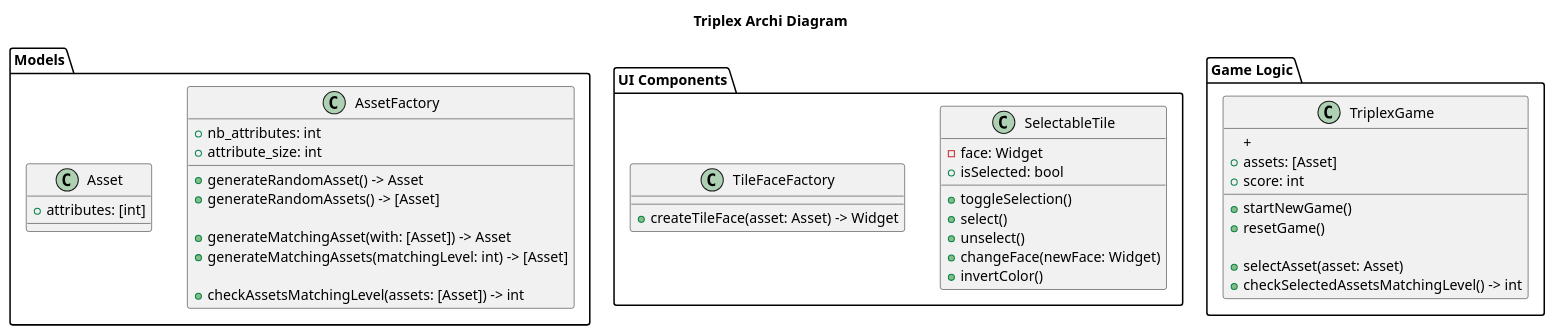
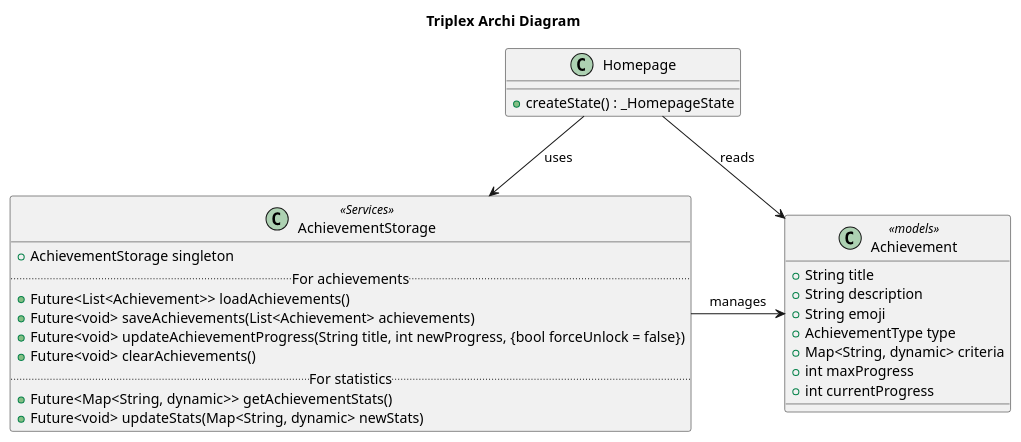
Before and after one commit to laurentxxc/flutter_triplex: the diagram in docs/models.puml, drawn with PlantUML. The commit also changed 27 other files, not shown here.

```diff
--- a/docs/models.puml
+++ b/docs/models.puml
@@ -1,57 +1,33 @@
 @startuml Triplex Archi Diagram
 title "Triplex Archi Diagram"
-package "Models" {
-    class AssetFactory{
-        + nb_attributes: int
-        + attribute_size: int
-
-        + generateRandomAsset() -> Asset
-        + generateRandomAssets() -> [Asset]
-
-        + generateMatchingAsset(with: [Asset]) -> Asset
-        + generateMatchingAssets(matchingLevel: int) -> [Asset]
-
-        + checkAssetsMatchingLevel(assets: [Asset]) -> int
-
-    }
-
-    class Asset{
-        + attributes: [int]
-    }
+class AchievementStorage<<Services>> {
+    + AchievementStorage singleton
+    .. For achievements ..
+    + Future<List<Achievement>> loadAchievements()
+    + Future<void> saveAchievements(List<Achievement> achievements)
+    + Future<void> updateAchievementProgress(String title, int newProgress, {bool forceUnlock = false})
+    + Future<void> clearAchievements()
+    .. For statistics ..
+    + Future<Map<String, dynamic>> getAchievementStats()
+    + Future<void> updateStats(Map<String, dynamic> newStats)
 }
 
-package "UI Components" {
-
-
-    class SelectableTile{
-        - face: Widget
-        + isSelected: bool
-
-        + toggleSelection()
-        + select()
-        + unselect()
-        + changeFace(newFace: Widget)
-        + invertColor()  
-    }
-
-    class TileFaceFactory{
-        + createTileFace(asset: Asset) -> Widget
-    }
+class Homepage {
+    + createState() : _HomepageState
 }
 
+class Achievement<<models>>{
+    + String title
+    + String description
+    + String emoji
+    + AchievementType type
+    + Map<String, dynamic> criteria
+    + int maxProgress
+    + int currentProgress
+}
 
-package "Game Logic" {
+Homepage --> AchievementStorage : uses
+Homepage --> Achievement : reads
+AchievementStorage -> Achievement : manages
 
-    class TriplexGame{
-        +
-        + assets: [Asset]
-        + score: int
-
-        + startNewGame()
-        + resetGame()
-
-        + selectAsset(asset: Asset)
-        + checkSelectedAssetsMatchingLevel() -> int
-    }
-}
 @enduml
```
